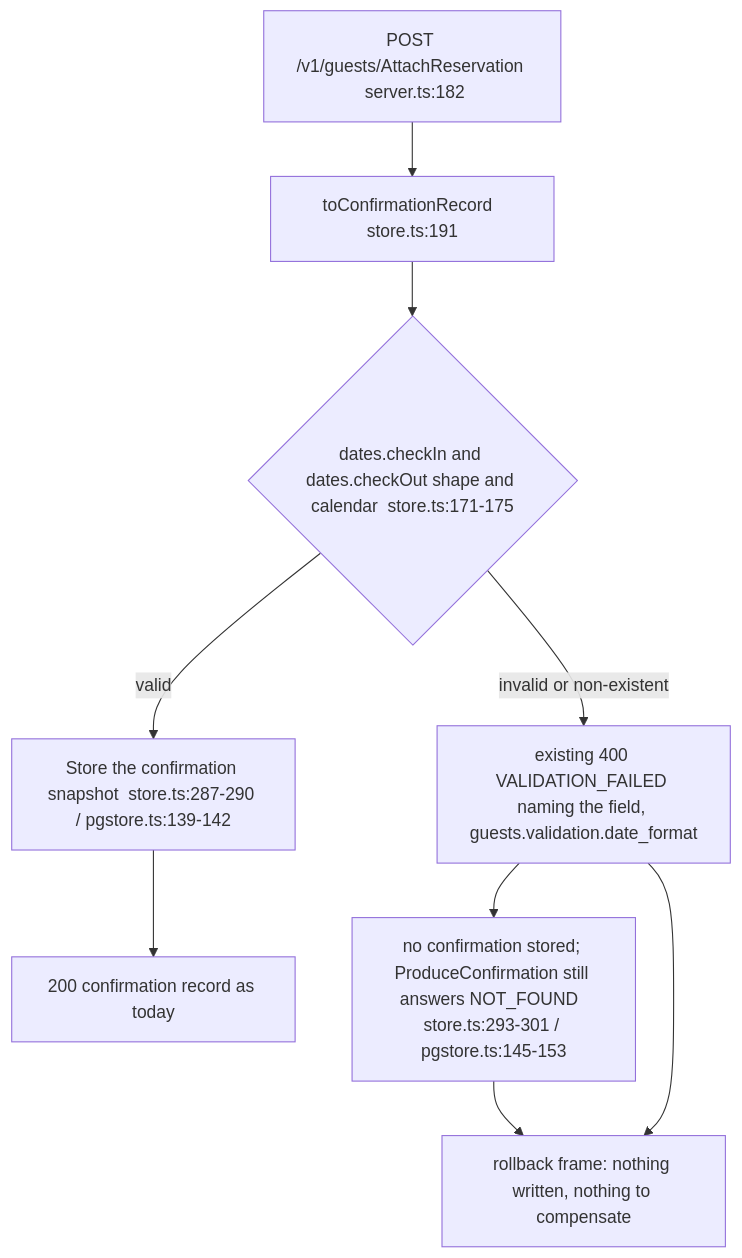
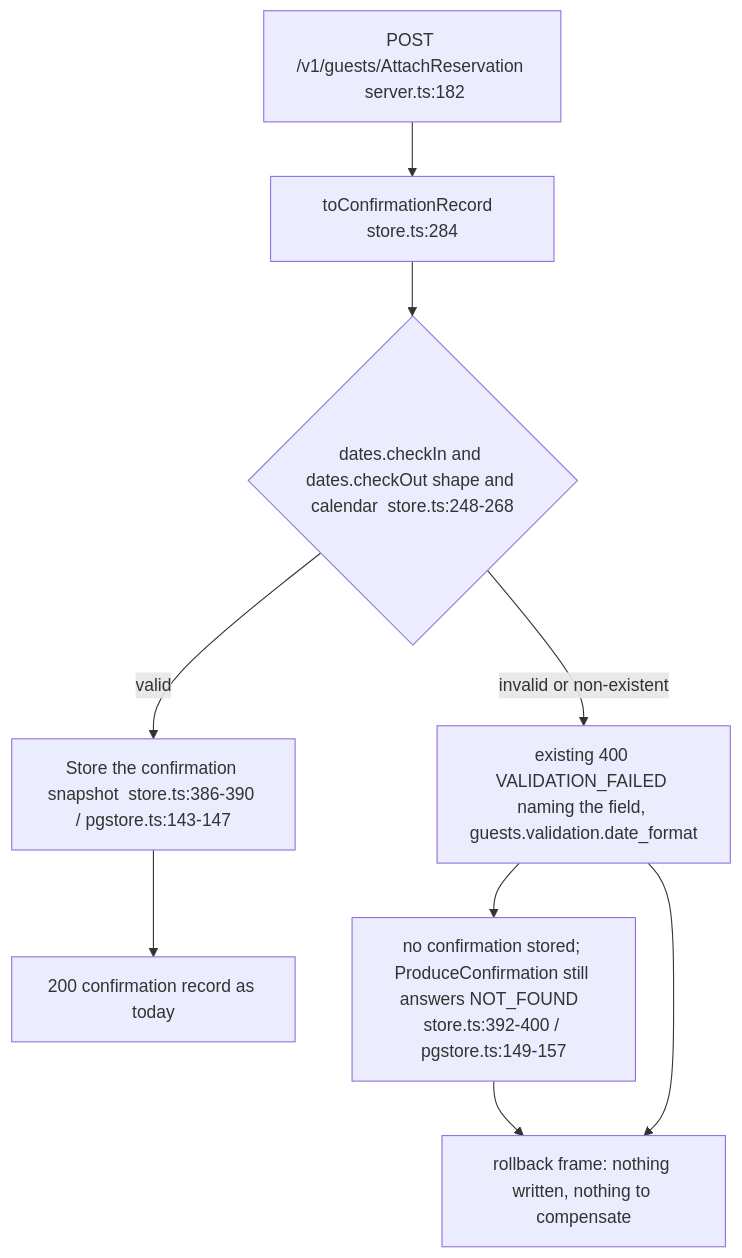
Before and after one commit to MingChen1501/hotel-mgmt: diagram 55 of 55 in docs/architecture/lld.md, drawn with Mermaid. The commit also changed other lines of this file and 19 other files, not shown here.

````diff
--- a/docs/architecture/lld.md
+++ b/docs/architecture/lld.md
@@ -6715,11 +6737,11 @@
 ```mermaid
 flowchart TD
-    A[POST /v1/guests/AttachReservation  server.ts:182] --> B[toConfirmationRecord  store.ts:191]
-    B --> C{dates.checkIn and dates.checkOut shape and calendar  store.ts:171-175}
-    C -->|valid| D[Store the confirmation snapshot  store.ts:287-290 / pgstore.ts:139-142]
+    A[POST /v1/guests/AttachReservation  server.ts:182] --> B[toConfirmationRecord  store.ts:284]
+    B --> C{dates.checkIn and dates.checkOut shape and calendar  store.ts:248-268}
+    C -->|valid| D[Store the confirmation snapshot  store.ts:386-390 / pgstore.ts:143-147]
     C -->|invalid or non-existent| R[existing 400 VALIDATION_FAILED naming the field, guests.validation.date_format]
-    R --> N[no confirmation stored; ProduceConfirmation still answers NOT_FOUND  store.ts:293-301 / pgstore.ts:145-153]
+    R --> N[no confirmation stored; ProduceConfirmation still answers NOT_FOUND  store.ts:392-400 / pgstore.ts:149-157]
     D --> O[200 confirmation record as today]
     R --> N2[rollback frame: nothing written, nothing to compensate]
     N --> N2
 ```
````
